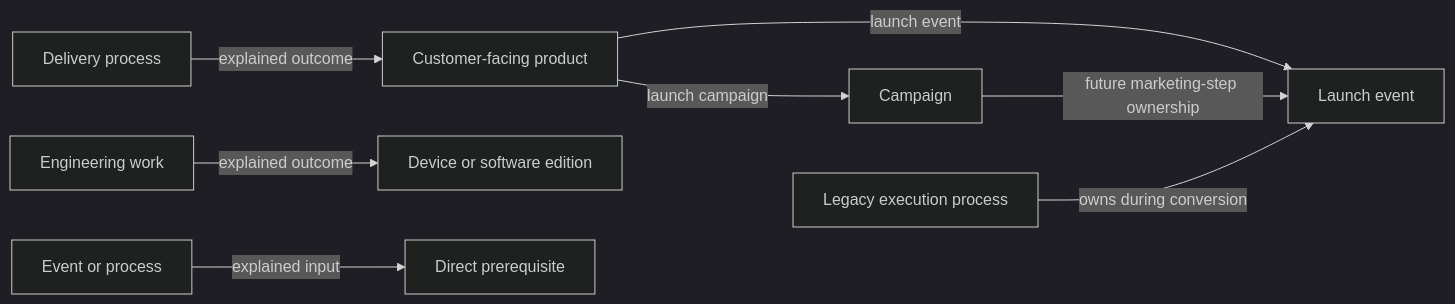
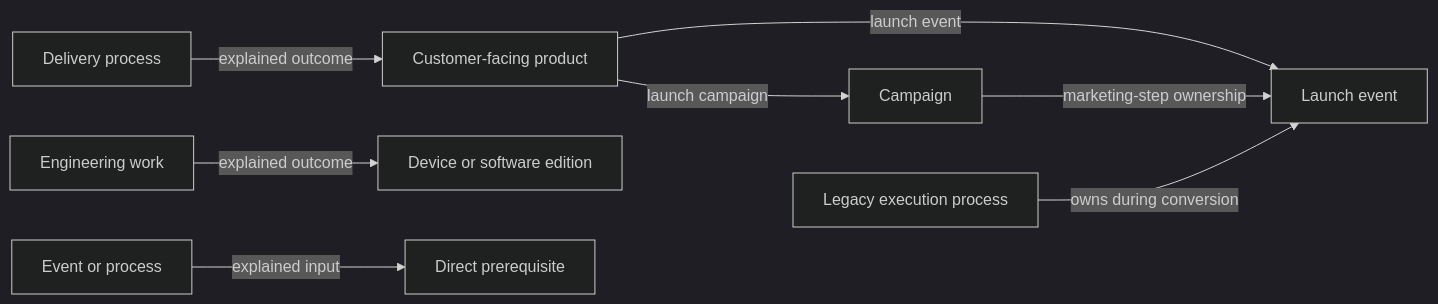
The diagram in docs/data_model/MODEL_GUIDE.md (venwry/aion_logix), drawn with Mermaid (dark theme) before and after one commit. The commit also changed other lines of this file and 19 other files, not shown here.

````diff
--- a/docs/data_model/MODEL_GUIDE.md
+++ b/docs/data_model/MODEL_GUIDE.md
@@ -84,10 +84,10 @@
 ```mermaid
 flowchart LR
   Product[Customer-facing product] -->|launch campaign| Campaign[Campaign]
   Product -->|launch event| Launch[Launch event]
-  Campaign -->|future marketing-step ownership| Launch
+  Campaign -->|marketing-step ownership| Launch
   Execution[Legacy execution process] -->|owns during conversion| Launch
   Delivery[Delivery process] -->|explained outcome| Product
   Technical[Engineering work] -->|explained outcome| Definition[Device or software edition]
   Activity[Event or process] -->|explained input| Prerequisite[Direct prerequisite]
 ```
````
